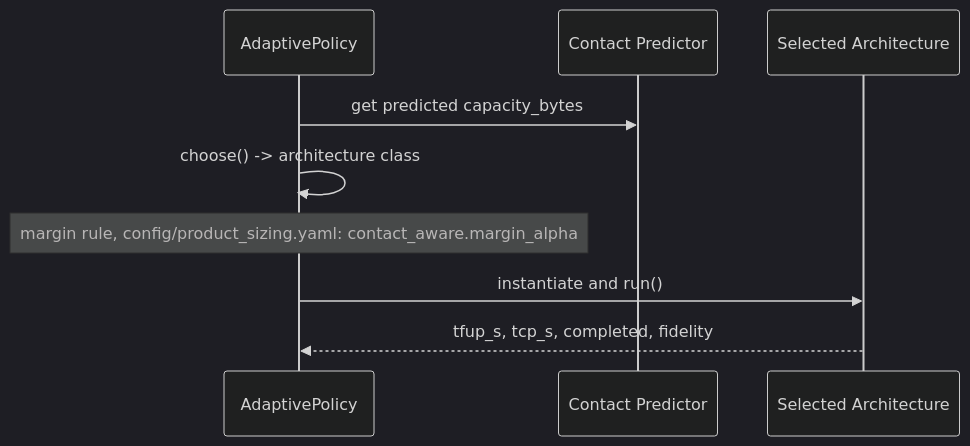
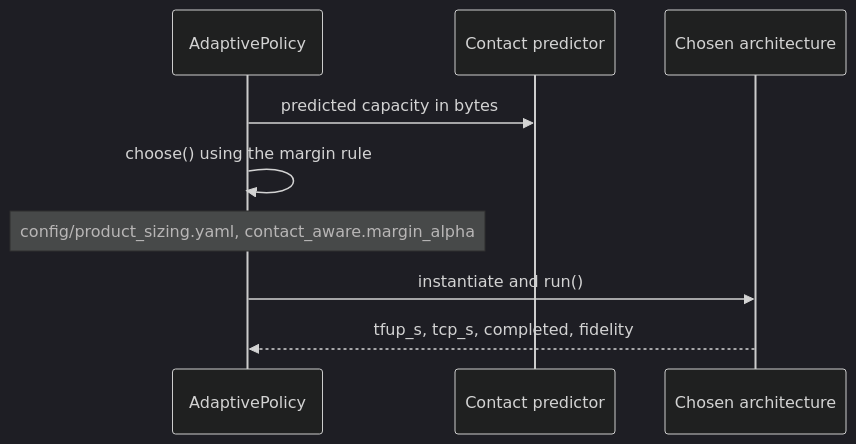
The fourth of 6 diagrams in docs/ARCHITECTURE_VIEWS.md (noahstephenson/leo-edge-architecture), drawn with Mermaid (dark theme) before and after one commit. The commit also changed other lines of this file and 8 other files, not shown here.

First line of the commit message:
Add Mermaid diagrams to the architecture docs and rebuild the weak ones

````diff
--- a/docs/ARCHITECTURE_VIEWS.md
+++ b/docs/ARCHITECTURE_VIEWS.md
@@ -171,12 +130,12 @@
 ```mermaid
 sequenceDiagram
     participant Policy as AdaptivePolicy
-    participant Contact as Contact Predictor
-    participant Arch as Selected Architecture
+    participant Contact as Contact predictor
+    participant Arch as Chosen architecture
 
-    Policy->>Contact: get predicted capacity_bytes
-    Policy->>Policy: choose() -> architecture class
-    Note over Policy: margin rule, config/product_sizing.yaml: contact_aware.margin_alpha
+    Policy->>Contact: predicted capacity in bytes
+    Policy->>Policy: choose() using the margin rule
+    Note over Policy: config/product_sizing.yaml, contact_aware.margin_alpha
     Policy->>Arch: instantiate and run()
     Arch-->>Policy: tfup_s, tcp_s, completed, fidelity
 ```
````
